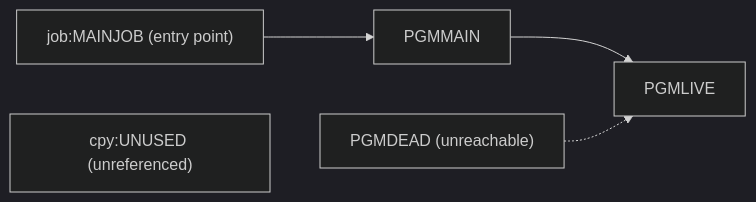
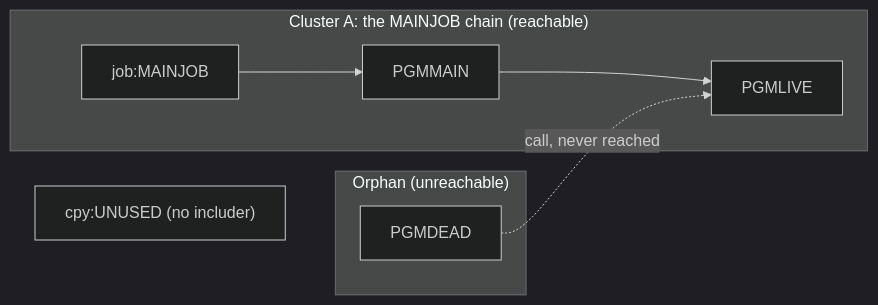
Before and after one commit to Sparq-Holding-Inc/claude-legacy-modernization: the diagram in evals/runs/11-dead-program/modernization-assessment/02-coupling.md, drawn with Mermaid (dark theme). The commit also changed other lines of this file and 217 other files, not shown here.

````diff
--- a/evals/runs/11-dead-program/modernization-assessment/02-coupling.md
+++ b/evals/runs/11-dead-program/modernization-assessment/02-coupling.md
@@ -30,6 +39,11 @@
 ```mermaid
-flowchart LR
-  J["job:MAINJOB (entry point)"] --> M["PGMMAIN"] --> L["PGMLIVE"]
-  D["PGMDEAD (unreachable)"] -.-> L
-  C["cpy:UNUSED (unreferenced)"]
+graph LR
+  subgraph A["Cluster A: the MAINJOB chain (reachable)"]
+    J["job:MAINJOB"] --> M["PGMMAIN"] --> L["PGMLIVE"]
+  end
+  subgraph B["Orphan (unreachable)"]
+    D["PGMDEAD"]
+  end
+  D -.->|"call, never reached"| L
+  C["cpy:UNUSED (no includer)"]
 ```
````
